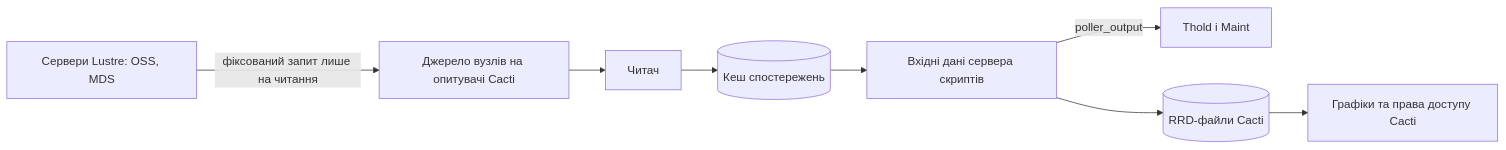
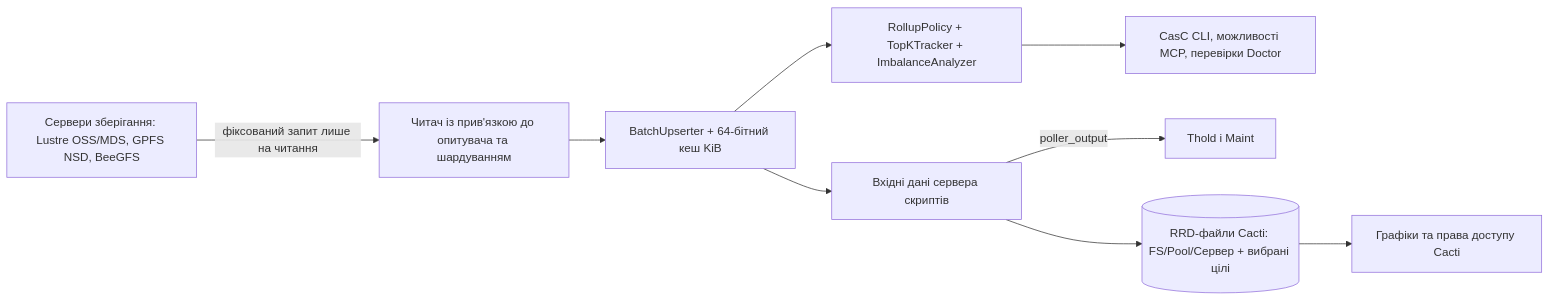
One commit to somethingwithproof/plugin_pfs changed the diagram in docs/i18n/uk-UA/README.md. Above: the diagram before and after it, drawn with Mermaid. The commit also changed other lines of this file and 47 other files, not shown here.

````diff
--- a/docs/i18n/uk-UA/README.md
+++ b/docs/i18n/uk-UA/README.md
@@ -66,10 +74,11 @@
 ```mermaid
 flowchart LR
-    N[Сервери Lustre: OSS, MDS] -->|фіксований запит лише на читання| S[Джерело вузлів на опитувачі Cacti]
-    S --> R[Читач]
-    R --> C[(Кеш спостережень)]
-    C --> SS[Вхідні дані сервера скриптів]
-    SS -->|poller_output| T[Thold і Maint]
-    SS --> RRD[(RRD-файли Cacti)]
-    RRD --> G[Графіки та права доступу Cacti]
+    N["Сервери зберігання: Lustre OSS/MDS, GPFS NSD, BeeGFS"] -->|фіксований запит лише на читання| S["Читач із прив'язкою до опитувача та шардуванням"]
+    S --> B["BatchUpserter + 64-бітний кеш KiB"]
+    B --> R["RollupPolicy + TopKTracker + ImbalanceAnalyzer"]
+    B --> SS["Вхідні дані сервера скриптів"]
+    R --> ECO["CasC CLI, можливості MCP, перевірки Doctor"]
+    SS -->|poller_output| T["Thold і Maint"]
+    SS --> RRD[("RRD-файли Cacti: FS/Pool/Сервер + вибрані цілі")]
+    RRD --> G["Графіки та права доступу Cacti"]
 ```
````
